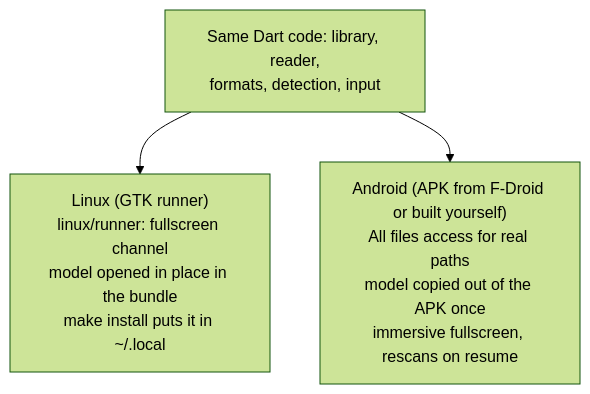
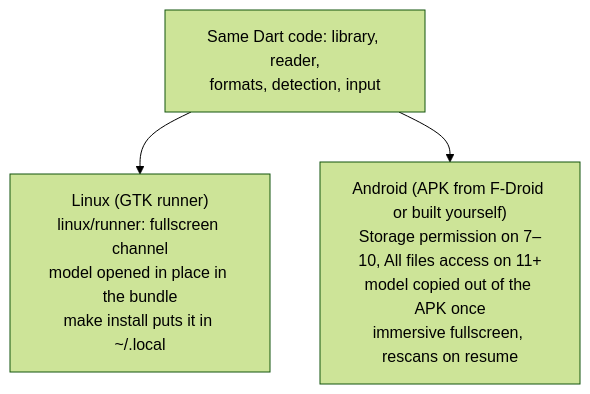
Before and after one commit to snonux/comicredr: the tenth of 10 diagrams in docs/architecture.md, drawn with Mermaid (forest theme). The commit also changed 16 other files, not shown here.

Commit message:
Explain Android storage access for each OS and verify shared paths (q43)

````diff
--- a/docs/architecture.md
+++ b/docs/architecture.md
@@ -417,6 +417,6 @@
 ```mermaid
 flowchart TB
   dart["Same Dart code: library, reader,<br/>formats, detection, input"]
   dart --> linux["Linux (GTK runner)<br/>linux/runner: fullscreen channel<br/>model opened in place in the bundle<br/>make install puts it in ~/.local"]
-  dart --> android["Android (APK from F-Droid or built yourself)<br/>All files access for real paths<br/>model copied out of the APK once<br/>immersive fullscreen, rescans on resume"]
+  dart --> android["Android (APK from F-Droid or built yourself)<br/>Storage permission on 7–10, All files access on 11+<br/>model copied out of the APK once<br/>immersive fullscreen, rescans on resume"]
 ```
````
